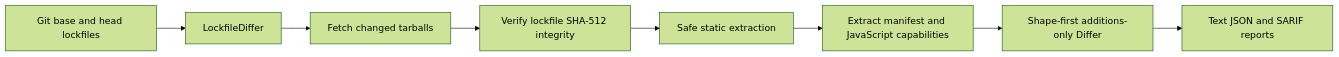
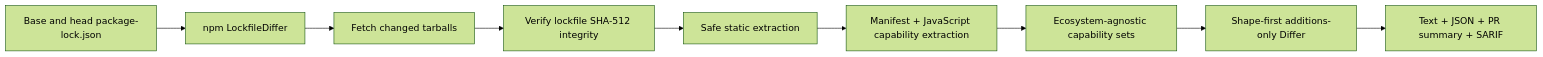
Before and after one commit to Volkiaa/capdelta: the diagram in README.md, drawn with Mermaid (forest theme). The commit also changed other lines of this file and 13 other files, not shown here.

````diff
--- a/README.md
+++ b/README.md
@@ -139,10 +203,11 @@
 ```mermaid
 flowchart LR
-    A[Git base and head lockfiles] --> B[LockfileDiffer]
-    B --> C[Fetch changed tarballs]
-    C --> D[Verify lockfile SHA-512 integrity]
-    D --> E[Safe static extraction]
-    E --> F[Extract manifest and JavaScript capabilities]
-    F --> G[Shape-first additions-only Differ]
-    G --> H[Text JSON and SARIF reports]
+    A["Base and head package-lock.json"] --> B["npm LockfileDiffer"]
+    B --> C["Fetch changed tarballs"]
+    C --> D["Verify lockfile SHA-512 integrity"]
+    D --> E["Safe static extraction"]
+    E --> F["Manifest + JavaScript capability extraction"]
+    F --> G["Ecosystem-agnostic capability sets"]
+    G --> H["Shape-first additions-only Differ"]
+    H --> I["Text + JSON + PR summary + SARIF"]
 ```
````
